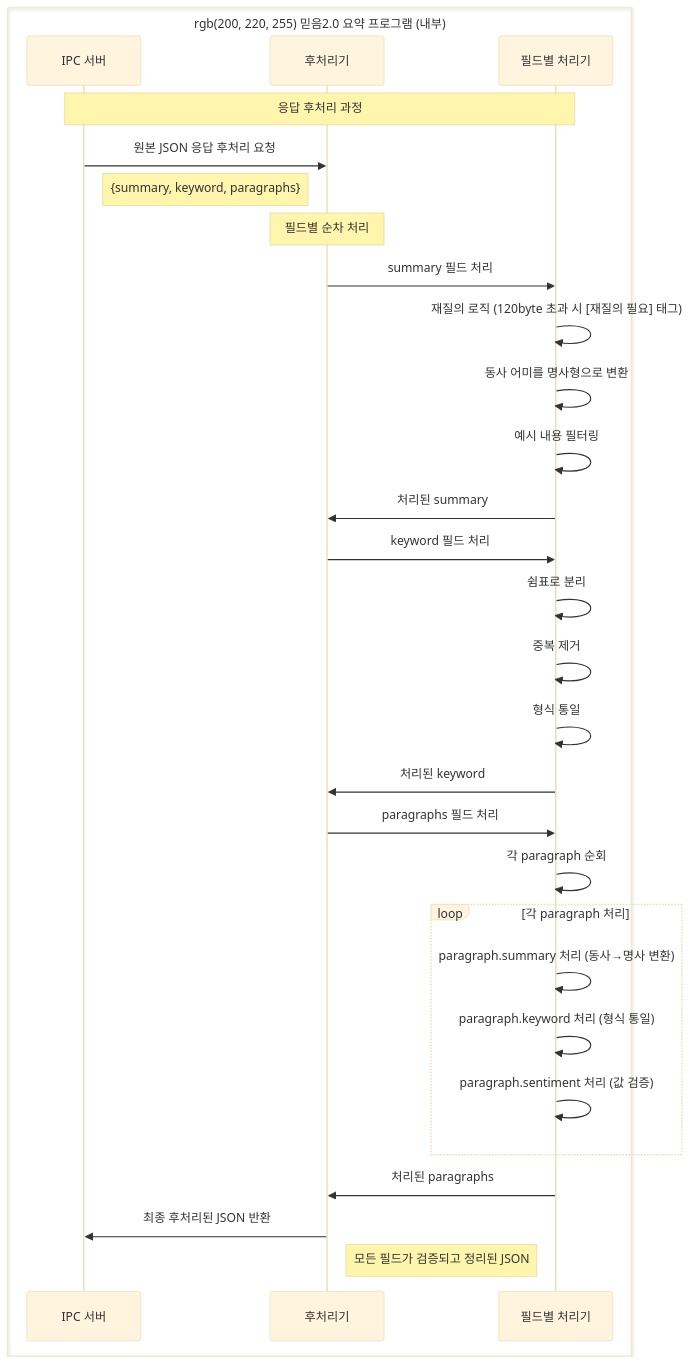
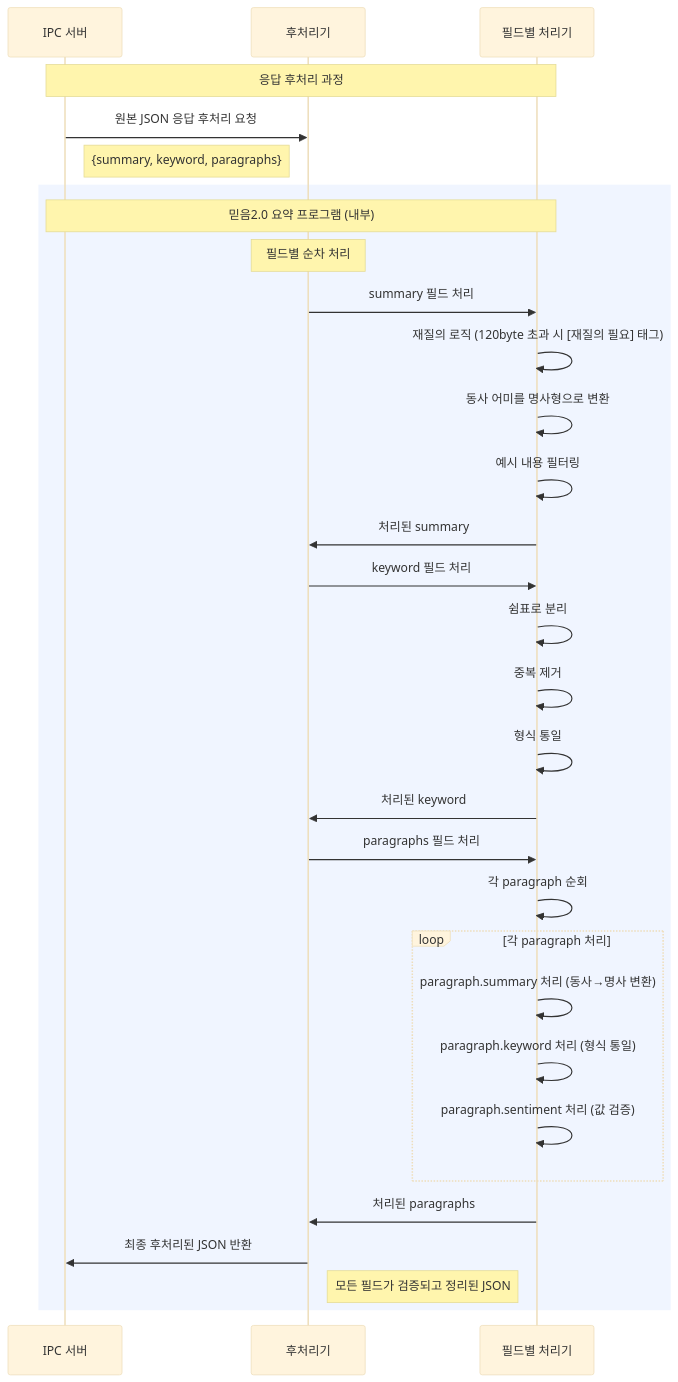
One commit to hak023/gemma-summarizer-poc changed the fifth of 5 diagrams in sequence_diagram.md. Above: the diagram before and after it, drawn with Mermaid (base theme). The commit also changed other lines of this file and 1 other file, not shown here.

First line of the commit message:
GitHub 호환성을 위해 box rgb()를 rect rgb()로 변경

````diff
--- a/sequence_diagram.md
+++ b/sequence_diagram.md
@@ -214,37 +218,38 @@
 ```mermaid
 sequenceDiagram
-    box rgb(200, 220, 255) 믿음2.0 요약 프로그램 (내부)
-        participant IPC as IPC 서버
-        participant Postprocessor as 후처리기
-        participant Fields as 필드별 처리기
-    end
+    participant IPC as IPC 서버
+    participant Postprocessor as 후처리기
+    participant Fields as 필드별 처리기
 
     Note over IPC,Fields: 응답 후처리 과정
     IPC->>Postprocessor: 원본 JSON 응답 후처리 요청
     Note right of IPC: {summary, keyword, paragraphs}
 
-    Note over Postprocessor: 필드별 순차 처리
-    Postprocessor->>Fields: summary 필드 처리
-    Fields->>Fields: 재질의 로직 (120byte 초과 시 [재질의 필요] 태그)
-    Fields->>Fields: 동사 어미를 명사형으로 변환
-    Fields->>Fields: 예시 내용 필터링
-    Fields->>Postprocessor: 처리된 summary
+    rect rgb(240, 245, 255)
+        Note over IPC,Fields: 믿음2.0 요약 프로그램 (내부)
+        Note over Postprocessor: 필드별 순차 처리
+        Postprocessor->>Fields: summary 필드 처리
+        Fields->>Fields: 재질의 로직 (120byte 초과 시 [재질의 필요] 태그)
+        Fields->>Fields: 동사 어미를 명사형으로 변환
+        Fields->>Fields: 예시 내용 필터링
+        Fields->>Postprocessor: 처리된 summary
 
-    Postprocessor->>Fields: keyword 필드 처리
-    Fields->>Fields: 쉼표로 분리
-    Fields->>Fields: 중복 제거
-    Fields->>Fields: 형식 통일
-    Fields->>Postprocessor: 처리된 keyword
+        Postprocessor->>Fields: keyword 필드 처리
+        Fields->>Fields: 쉼표로 분리
+        Fields->>Fields: 중복 제거
+        Fields->>Fields: 형식 통일
+        Fields->>Postprocessor: 처리된 keyword
 
-    Postprocessor->>Fields: paragraphs 필드 처리
-    Fields->>Fields: 각 paragraph 순회
-    loop 각 paragraph 처리
-        Fields->>Fields: paragraph.summary 처리 (동사→명사 변환)
-        Fields->>Fields: paragraph.keyword 처리 (형식 통일)
-        Fields->>Fields: paragraph.sentiment 처리 (값 검증)
+        Postprocessor->>Fields: paragraphs 필드 처리
+        Fields->>Fields: 각 paragraph 순회
+        loop 각 paragraph 처리
+            Fields->>Fields: paragraph.summary 처리 (동사→명사 변환)
+            Fields->>Fields: paragraph.keyword 처리 (형식 통일)
+            Fields->>Fields: paragraph.sentiment 처리 (값 검증)
+        end
+        Fields->>Postprocessor: 처리된 paragraphs
+
+        Postprocessor->>IPC: 최종 후처리된 JSON 반환
+        Note right of Postprocessor: 모든 필드가 검증되고 정리된 JSON
     end
-    Fields->>Postprocessor: 처리된 paragraphs
-
-    Postprocessor->>IPC: 최종 후처리된 JSON 반환
-    Note right of Postprocessor: 모든 필드가 검증되고 정리된 JSON
 ```
````
